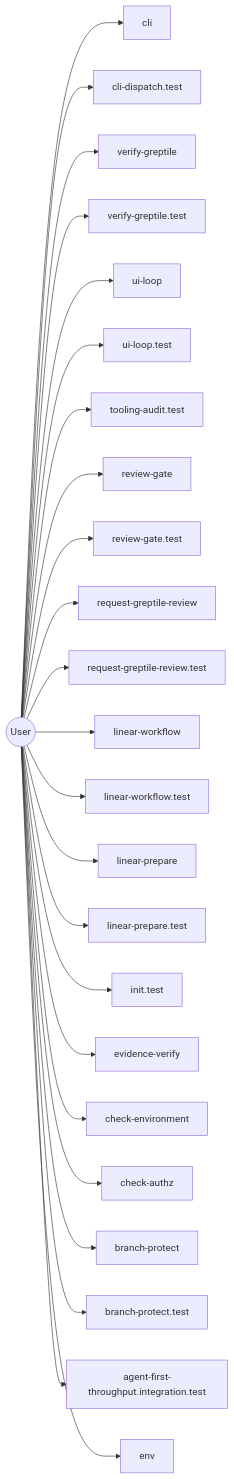
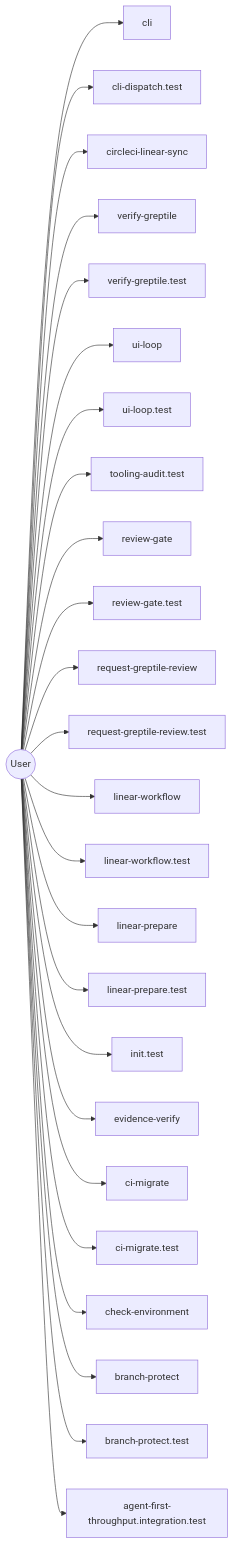
One commit to jscraik/coding-harness changed the diagram in AI/diagrams/user.mmd. Above: the diagram before and after it, drawn with Mermaid. The commit also changed 9 other files, not shown here.

Commit message:
chore(diagrams): auto-refresh architecture diagrams

```diff
--- a/AI/diagrams/user.mmd
+++ b/AI/diagrams/user.mmd
@@ -1,49 +1,51 @@
 flowchart LR
   User(("User"))
   cli_99bb8840["cli"]
   User --> cli_99bb8840
   cli_dispatch_test_54c9f17b["cli-dispatch.test"]
   User --> cli_dispatch_test_54c9f17b
+  circleci_linear_sync_19c0d6da["circleci-linear-sync"]
+  User --> circleci_linear_sync_19c0d6da
   verify_greptile_227190f7["verify-greptile"]
   User --> verify_greptile_227190f7
   verify_greptile_test_17404b05["verify-greptile.test"]
   User --> verify_greptile_test_17404b05
   ui_loop_11660889["ui-loop"]
   User --> ui_loop_11660889
   ui_loop_test_f0eabc42["ui-loop.test"]
   User --> ui_loop_test_f0eabc42
   tooling_audit_test_d2aee28c["tooling-audit.test"]
   User --> tooling_audit_test_d2aee28c
   review_gate_09b579c4["review-gate"]
   User --> review_gate_09b579c4
   review_gate_test_000e2ed6["review-gate.test"]
   User --> review_gate_test_000e2ed6
   request_greptile_review_851df233["request-greptile-review"]
   User --> request_greptile_review_851df233
   request_greptile_review_test_b073e76e["request-greptile-review.test"]
   User --> request_greptile_review_test_b073e76e
   linear_workflow_c5cb6267["linear-workflow"]
   User --> linear_workflow_c5cb6267
   linear_workflow_test_a351dcb0["linear-workflow.test"]
   User --> linear_workflow_test_a351dcb0
   linear_prepare_0c613ba6["linear-prepare"]
   User --> linear_prepare_0c613ba6
   linear_prepare_test_678f11a9["linear-prepare.test"]
   User --> linear_prepare_test_678f11a9
   init_test_cbba76a6["init.test"]
   User --> init_test_cbba76a6
   evidence_verify_3b73c290["evidence-verify"]
   User --> evidence_verify_3b73c290
+  ci_migrate_78bb70b1["ci-migrate"]
+  User --> ci_migrate_78bb70b1
+  ci_migrate_test_2a015bb9["ci-migrate.test"]
+  User --> ci_migrate_test_2a015bb9
   check_environment_fe68d4be["check-environment"]
   User --> check_environment_fe68d4be
-  check_authz_fee242b1["check-authz"]
-  User --> check_authz_fee242b1
   branch_protect_b9d345eb["branch-protect"]
   User --> branch_protect_b9d345eb
   branch_protect_test_c8d80aab["branch-protect.test"]
   User --> branch_protect_test_c8d80aab
   agent_first_throughput_integration_test_dc677cc4["agent-first-throughput.integration.test"]
   User --> agent_first_throughput_integration_test_dc677cc4
-  env_b77349bf["env"]
-  User --> env_b77349bf
   classDef userNode fill:#16a34a,color:#fff
```
